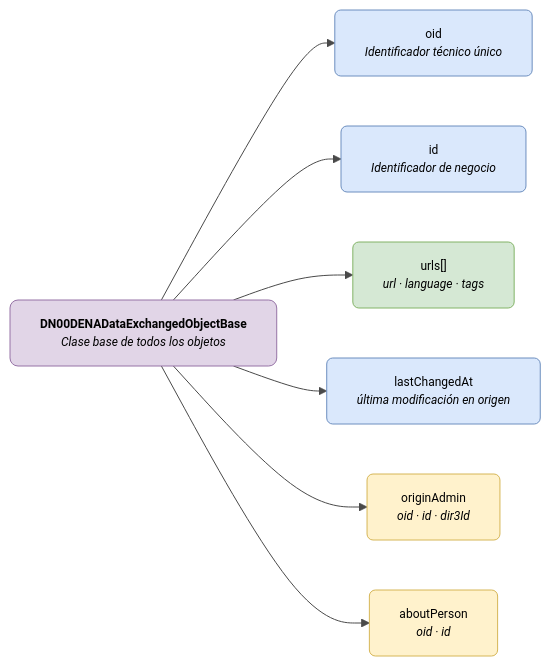
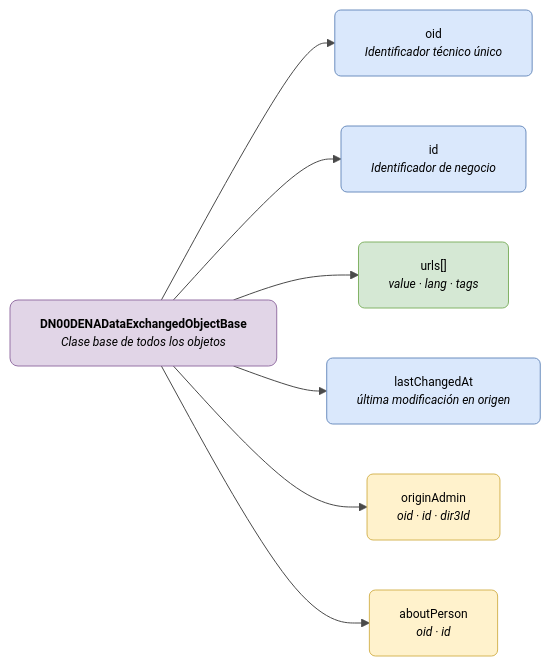
Before and after one commit to DENA-Euskadi/dena-euskadi.github.io: the diagram in docs/semantica/data-retrieve/data/campos-comunes.md, drawn with Mermaid. The commit also changed other lines of this file and 75 other files, not shown here.

````diff
--- a/docs/semantica/data-retrieve/data/campos-comunes.md
+++ b/docs/semantica/data-retrieve/data/campos-comunes.md
@@ -12,29 +11,29 @@
 ```mermaid
 ---
 config:
   theme: base
   themeVariables:
     primaryColor: "#FFFFFF"
     primaryTextColor: "#000000"
     primaryBorderColor: "#CCCCCC"
     lineColor: "#4A4A4A"
     fontSize: "12px"
 ---
 flowchart LR
     BASE["<b>DN00DENADataExchangedObjectBase</b><br/><i>Clase base de todos los objetos</i>"]
 
     BASE --> OID["oid<br/><i>Identificador técnico único</i>"]
     BASE --> ID["id<br/><i>Identificador de negocio</i>"]
-    BASE --> URLS["urls[]<br/><i>url · language · tags</i>"]
+    BASE --> URLS["urls[]<br/><i>value · lang · tags</i>"]
     BASE --> CHANGED["lastChangedAt<br/><i>última modificación en origen</i>"]
     BASE --> ADMIN["originAdmin<br/><i>oid · id · dir3Id</i>"]
     BASE --> PERSON["aboutPerson<br/><i>oid · id</i>"]
 
     style BASE fill:#e1d5e7,stroke:#9673a6,color:#000000,rx:8,ry:8
     style OID fill:#dae8fc,stroke:#6c8ebf,color:#000000,rx:6,ry:6
     style ID fill:#dae8fc,stroke:#6c8ebf,color:#000000,rx:6,ry:6
     style URLS fill:#d5e8d4,stroke:#82b366,color:#000000,rx:6,ry:6
     style CHANGED fill:#dae8fc,stroke:#6c8ebf,color:#000000,rx:6,ry:6
     style ADMIN fill:#fff2cc,stroke:#d6b656,color:#000000,rx:6,ry:6
     style PERSON fill:#fff2cc,stroke:#d6b656,color:#000000,rx:6,ry:6
 ```
````
